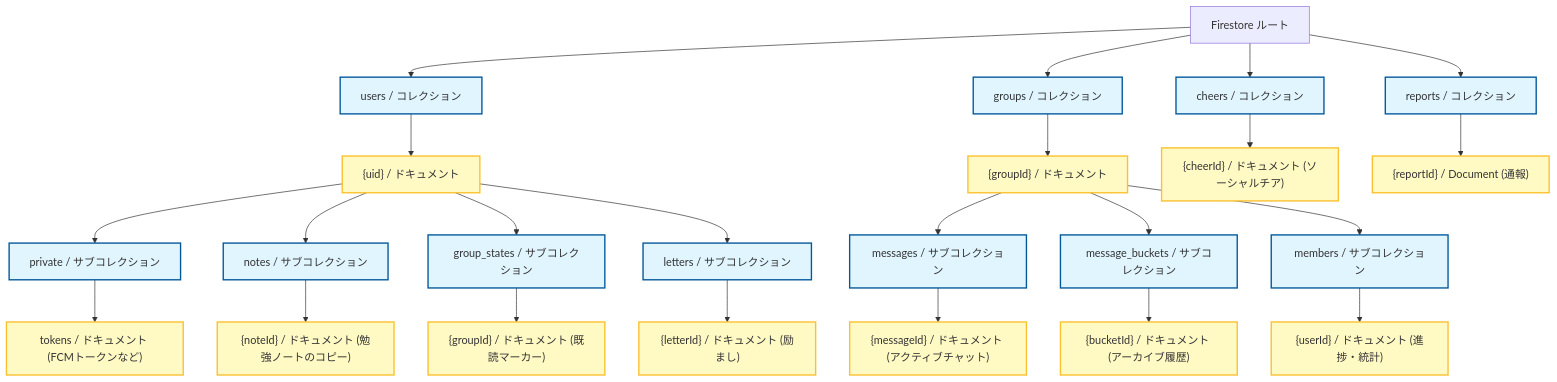
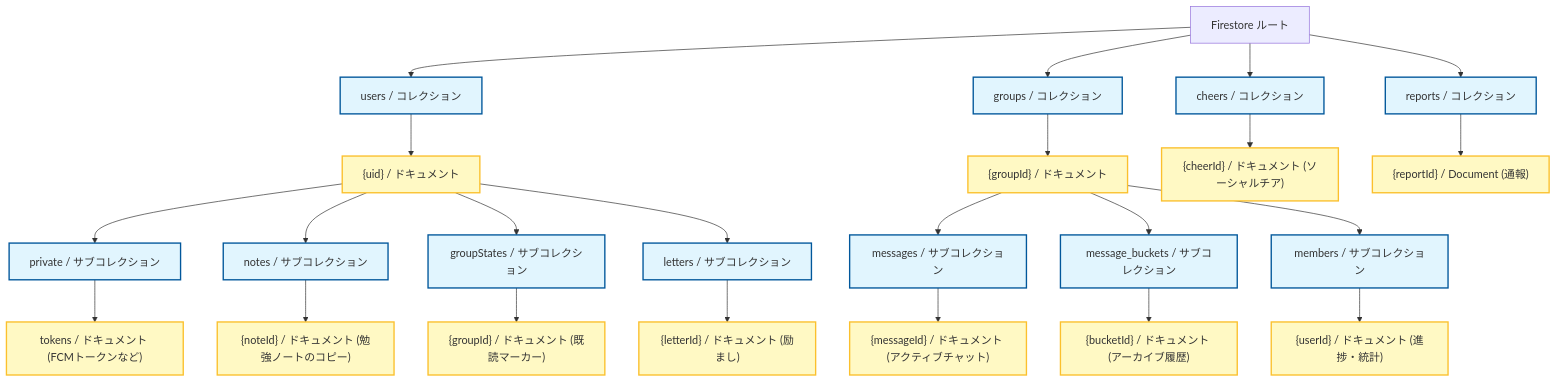
Before and after one commit to ScriptureHabit/scripture-habit: the second of 2 diagrams in docs/ja/database-security.md, drawn with Mermaid. The commit also changed 43 other files, not shown here.

````diff
--- a/docs/ja/database-security.md
+++ b/docs/ja/database-security.md
@@ -80,37 +80,37 @@
 ```mermaid
 graph TD
     Root[Firestore ルート]
     
     %% Users Root Collection
     Root --> Users[users / コレクション]
     Users --> UserDoc["{uid} / ドキュメント"]
     UserDoc --> UserPrivate[private / サブコレクション]
     UserPrivate --> TokenDoc["tokens / ドキュメント (FCMトークンなど)"]
     UserDoc --> UserNotes[notes / サブコレクション]
     UserNotes --> NoteDoc["{noteId} / ドキュメント (勉強ノートのコピー)"]
-    UserDoc --> GroupStates[group_states / サブコレクション]
+    UserDoc --> GroupStates[groupStates / サブコレクション]
     GroupStates --> GStateDoc["{groupId} / ドキュメント (既読マーカー)"]
     UserDoc --> Letters[letters / サブコレクション]
     Letters --> LetterDoc["{letterId} / ドキュメント (励まし)"]
     
     %% Groups Root Collection
     Root --> Groups[groups / コレクション]
     Groups --> GroupDoc["{groupId} / ドキュメント"]
     GroupDoc --> Messages[messages / サブコレクション]
     Messages --> MsgDoc["{messageId} / ドキュメント (アクティブチャット)"]
     GroupDoc --> MessageBuckets[message_buckets / サブコレクション]
     MessageBuckets --> BucketDoc["{bucketId} / ドキュメント (アーカイブ履歴)"]
     GroupDoc --> Members[members / サブコレクション]
     Members --> MemberDoc["{userId} / ドキュメント (進捗・統計)"]
     
     %% Cheers and Reports Root Collections
     Root --> Cheers[cheers / コレクション]
     Cheers --> CheerDoc["{cheerId} / ドキュメント (ソーシャルチア)"]
     Root --> Reports[reports / コレクション]
     Reports --> ReportDoc["{reportId} / Document (通報)"]
     
     classDef col fill:#e1f5fe,stroke:#01579b,stroke-width:2px;
     classDef doc fill:#fff9c4,stroke:#fbc02d,stroke-width:2px;
     class Users,Groups,Cheers,Reports,UserPrivate,UserNotes,GroupStates,Letters,Messages,MessageBuckets,Members col;
     class UserDoc,TokenDoc,NoteDoc,GStateDoc,LetterDoc,GroupDoc,MsgDoc,BucketDoc,MemberDoc,CheerDoc,ReportDoc doc;
 ```
````
